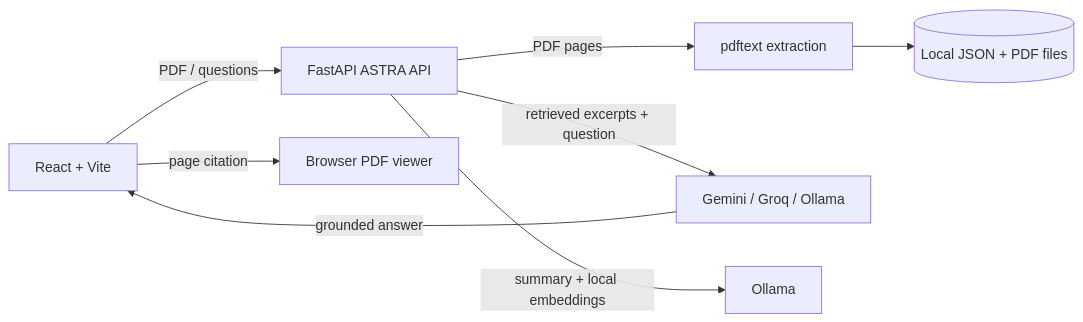
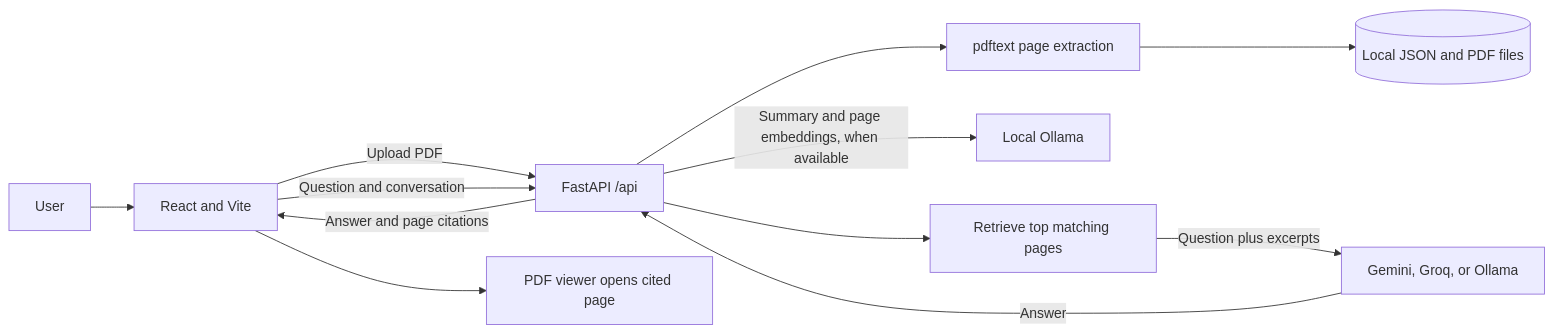
The diagram in README.md (Medora140/Astra), drawn with Mermaid before and after one commit. The commit also changed other lines of this file, not shown here.

````diff
--- a/README.md
+++ b/README.md
@@ -16,10 +47,14 @@
 ```mermaid
 flowchart LR
-  UI[React + Vite] -->|PDF / questions| API[FastAPI ASTRA API]
-  API -->|PDF pages| EX[pdftext extraction]
-  EX --> STORE[(Local JSON + PDF files)]
-  API -->|retrieved excerpts + question| CHAT[Gemini / Groq / Ollama]
-  API -->|summary + local embeddings| OLLAMA[Ollama]
-  CHAT -->|grounded answer| UI
-  UI -->|page citation| PDF[Browser PDF viewer]
+    U[User] --> UI[React and Vite]
+    UI -->|Upload PDF| API[FastAPI /api]
+    API --> EX[pdftext page extraction]
+    EX --> DB[(Local JSON and PDF files)]
+    API -->|Summary and page embeddings, when available| OL[Local Ollama]
+    UI -->|Question and conversation| API
+    API --> RET[Retrieve top matching pages]
+    RET -->|Question plus excerpts| CHAT[Gemini, Groq, or Ollama]
+    CHAT -->|Answer| API
+    API -->|Answer and page citations| UI
+    UI --> PDF[PDF viewer opens cited page]
 ```
````
